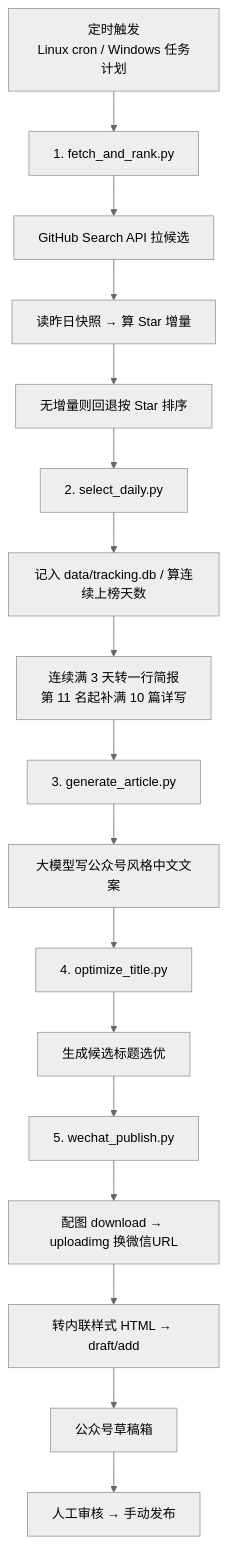
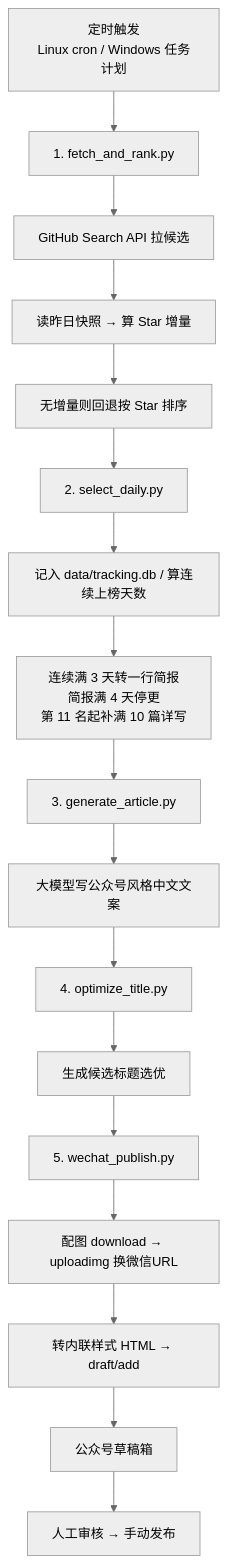
The diagram in README.md (chenchen-0212/github-trending-to-wechat), drawn with Mermaid (neutral theme) before and after one commit. The commit also changed other lines of this file and 3 other files, not shown here.

````diff
--- a/README.md
+++ b/README.md
@@ -13,19 +13,19 @@
 ```mermaid
 flowchart TD
     A[定时触发<br/>Linux cron / Windows 任务计划] --> B[1. fetch_and_rank.py]
     B --> B1[GitHub Search API 拉候选]
     B1 --> B2[读昨日快照 → 算 Star 增量]
     B2 --> B3[无增量则回退按 Star 排序]
     B3 --> B4[2. select_daily.py]
     B4 --> B5[记入 data/tracking.db / 算连续上榜天数]
-    B5 --> B6[连续满 3 天转一行简报<br/>第 11 名起补满 10 篇详写]
+    B5 --> B6[连续满 3 天转一行简报<br/>简报满 4 天停更<br/>第 11 名起补满 10 篇详写]
     B6 --> C[3. generate_article.py]
     C --> C1[大模型写公众号风格中文文案]
     C1 --> D[4. optimize_title.py]
     D --> D1[生成候选标题选优]
     D1 --> E[5. wechat_publish.py]
     E --> E1[配图 download → uploadimg 换微信URL]
     E1 --> E2[转内联样式 HTML → draft/add]
     E2 --> F[公众号草稿箱]
     F --> G[人工审核 → 手动发布]
 ```
````
